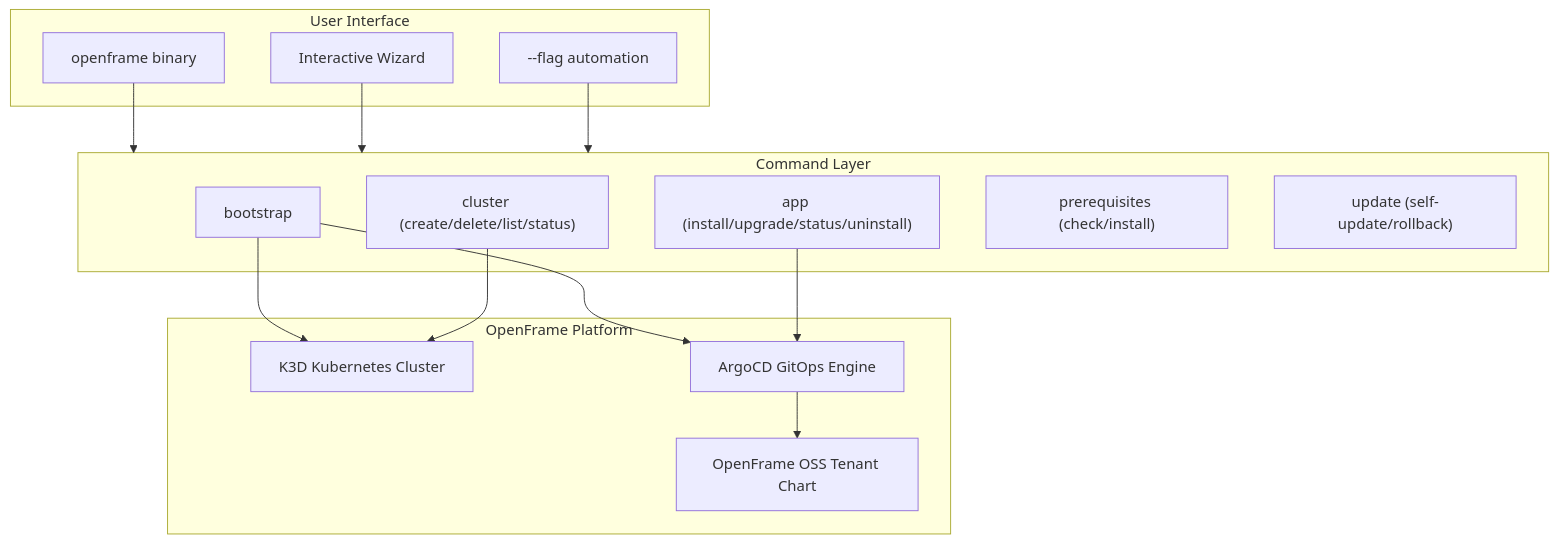
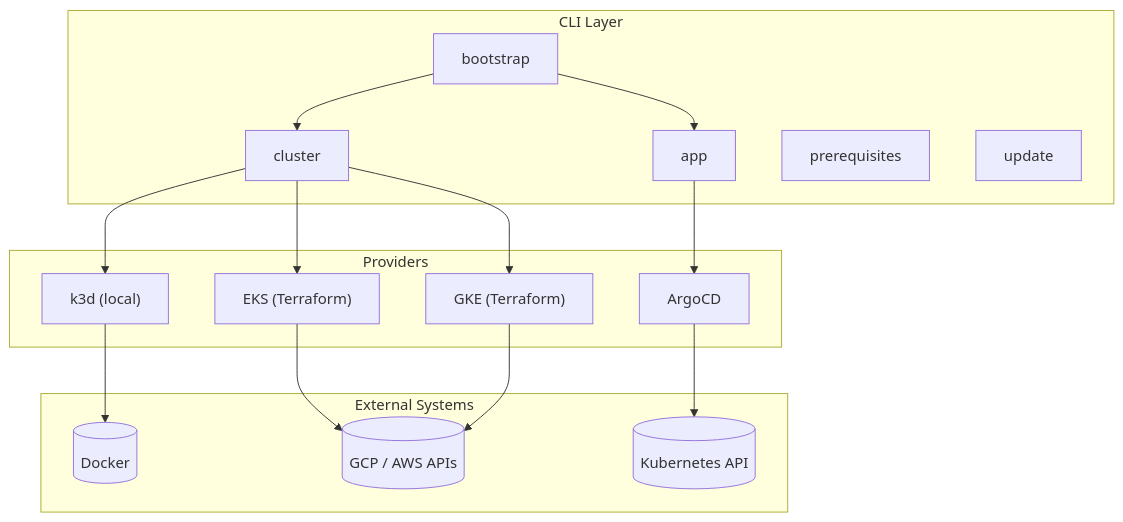
One commit to flamingo-stack/openframe-cli changed the diagram in docs/getting-started/introduction.md. Above: the diagram before and after it, drawn with Mermaid. The commit also changed other lines of this file and 9 other files, not shown here.

````diff
--- a/docs/getting-started/introduction.md
+++ b/docs/getting-started/introduction.md
@@ -52,31 +32,35 @@
 ```mermaid
 graph TB
-    subgraph User["User Interface"]
-        cli["openframe binary"]
-        wizard["Interactive Wizard"]
-        flags["--flag automation"]
+    subgraph "CLI Layer"
+        Bootstrap[bootstrap]
+        Cluster[cluster]
+        App[app]
+        Prereq[prerequisites]
+        Update[update]
     end
 
-    subgraph Commands["Command Layer"]
-        bootstrap["bootstrap"]
-        cluster["cluster (create/delete/list/status)"]
-        app["app (install/upgrade/status/uninstall)"]
-        prereq["prerequisites (check/install)"]
-        update["update (self-update/rollback)"]
+    subgraph "Providers"
+        K3d["k3d (local)"]
+        EKS["EKS (Terraform)"]
+        GKE["GKE (Terraform)"]
+        ArgoCD["ArgoCD"]
     end
 
-    subgraph Platform["OpenFrame Platform"]
-        k3d["K3D Kubernetes Cluster"]
-        argocd["ArgoCD GitOps Engine"]
-        openframe["OpenFrame OSS Tenant Chart"]
+    subgraph "External Systems"
+        Docker[(Docker)]
+        K8sAPI[(Kubernetes API)]
+        CloudAPI[(GCP / AWS APIs)]
     end
 
-    cli --> Commands
-    wizard --> Commands
-    flags --> Commands
-    bootstrap --> k3d
-    bootstrap --> argocd
-    argocd --> openframe
-    cluster --> k3d
-    app --> argocd
+    Bootstrap --> Cluster
+    Bootstrap --> App
+    Cluster --> K3d
+    Cluster --> EKS
+    Cluster --> GKE
+    App --> ArgoCD
+
+    K3d --> Docker
+    EKS --> CloudAPI
+    GKE --> CloudAPI
+    ArgoCD --> K8sAPI
 ```
````
